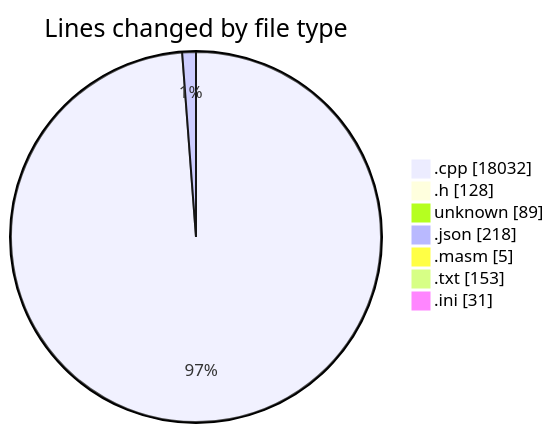
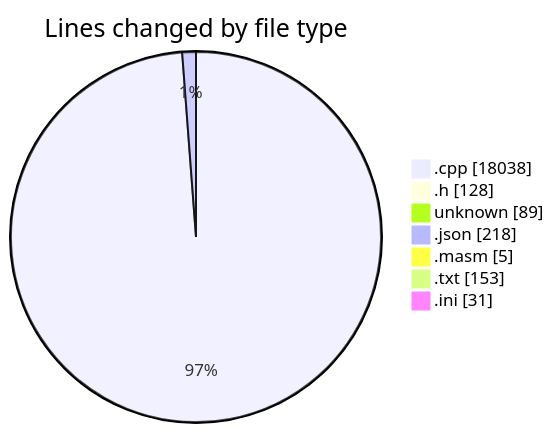
Before and after one commit to charlie-sans/code-tracking: the first of 2 diagrams in 2025-04-29/c-masm/README.md, drawn with Mermaid. The commit also changed other lines of this file and 1 other file, not shown here.

````diff
--- a/2025-04-29/c-masm/README.md
+++ b/2025-04-29/c-masm/README.md
@@ -33,11 +33,11 @@
 ```mermaid
 pie showData
 title Lines changed by file type
-".cpp" : 18032
+".cpp" : 18038
 ".h" : 128
 "unknown" : 89
 ".json" : 218
 ".masm" : 5
 ".txt" : 153
 ".ini" : 31
 ```
````
